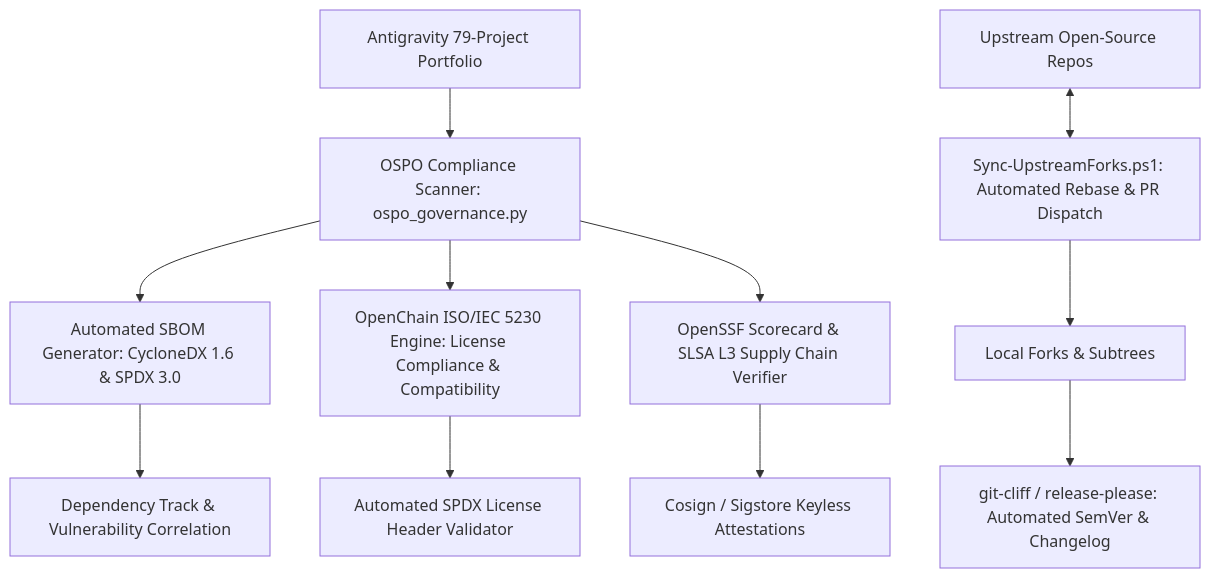
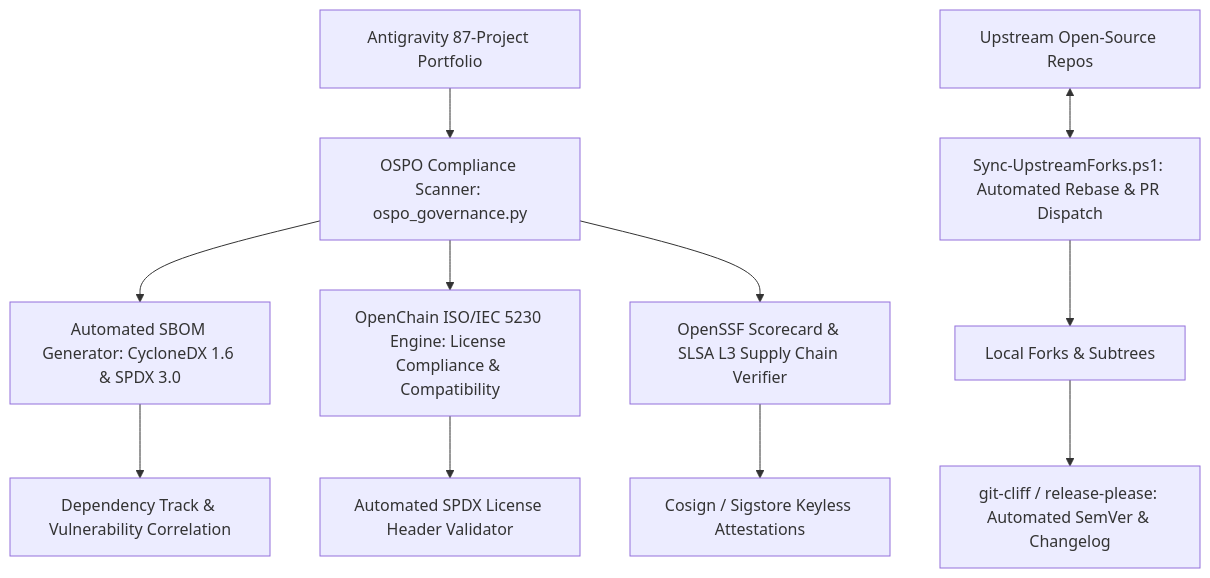
One commit to Chammin00/project-refinement changed the seventh of 8 diagrams in SECURITY_AND_INFRASTRUCTURE_ENHANCEMENT.md. Above: the diagram before and after it, drawn with Mermaid. The commit also changed other lines of this file and 6 other files, not shown here.

````diff
--- a/SECURITY_AND_INFRASTRUCTURE_ENHANCEMENT.md
+++ b/SECURITY_AND_INFRASTRUCTURE_ENHANCEMENT.md
@@ -947,15 +952,15 @@
 ```mermaid
 flowchart TD
-    Portfolio[Antigravity 79-Project Portfolio] --> Scanner[OSPO Compliance Scanner: ospo_governance.py]
+    Portfolio[Antigravity 87-Project Portfolio] --> Scanner[OSPO Compliance Scanner: ospo_governance.py]
     Scanner --> SBOM[Automated SBOM Generator: CycloneDX 1.6 & SPDX 3.0]
     Scanner --> License[OpenChain ISO/IEC 5230 Engine: License Compliance & Compatibility]
     Scanner --> OpenSSF[OpenSSF Scorecard & SLSA L3 Supply Chain Verifier]
     
     SBOM --> DependencyGraph[Dependency Track & Vulnerability Correlation]
     License --> HeaderCheck[Automated SPDX License Header Validator]
     OpenSSF --> Provenance[Cosign / Sigstore Keyless Attestations]
     
     Upstream[Upstream Open-Source Repos] <--> SyncDaemon[Sync-UpstreamForks.ps1: Automated Rebase & PR Dispatch]
     SyncDaemon --> LocalForks[Local Forks & Subtrees]
     LocalForks --> ReleaseAutomation[git-cliff / release-please: Automated SemVer & Changelog]
 ```
````
